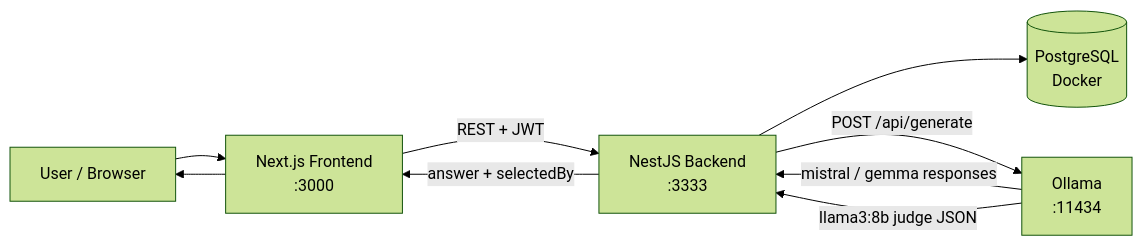
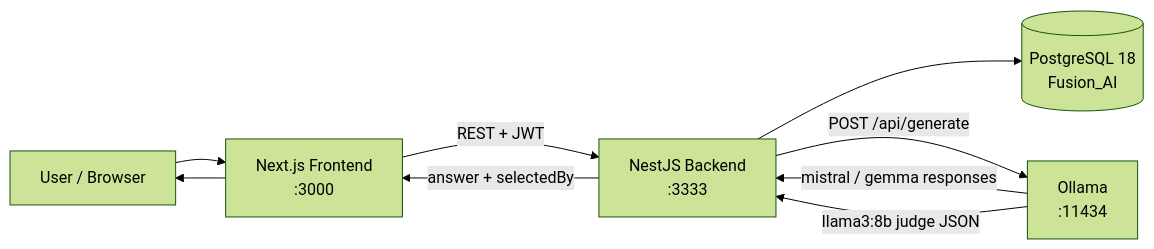
One commit to bhavinsurge/Fusion-AI changed the first of 5 diagrams in PROJECT_DOCUMENTATION_FOR_PPT_AND_REPORT.md. Above: the diagram before and after it, drawn with Mermaid (forest theme). The commit also changed other lines of this file and 169 other files, not shown here.

````diff
--- a/PROJECT_DOCUMENTATION_FOR_PPT_AND_REPORT.md
+++ b/PROJECT_DOCUMENTATION_FOR_PPT_AND_REPORT.md
@@ -335,17 +339,17 @@
 ```mermaid
 flowchart LR
   User[User / Browser]
   FE[Next.js Frontend<br/>:3000]
   BE[NestJS Backend<br/>:3333]
-  DB[(PostgreSQL<br/>Docker)]
+  DB[(PostgreSQL 18<br/>Fusion_AI)]
   OLLAMA[Ollama<br/>:11434]
 
   User --> FE
   FE -->|REST + JWT| BE
   BE --> DB
   BE -->|POST /api/generate| OLLAMA
   OLLAMA -->|mistral / gemma responses| BE
   OLLAMA -->|llama3:8b judge JSON| BE
   BE -->|answer + selectedBy| FE
   FE --> User
 ```
````
